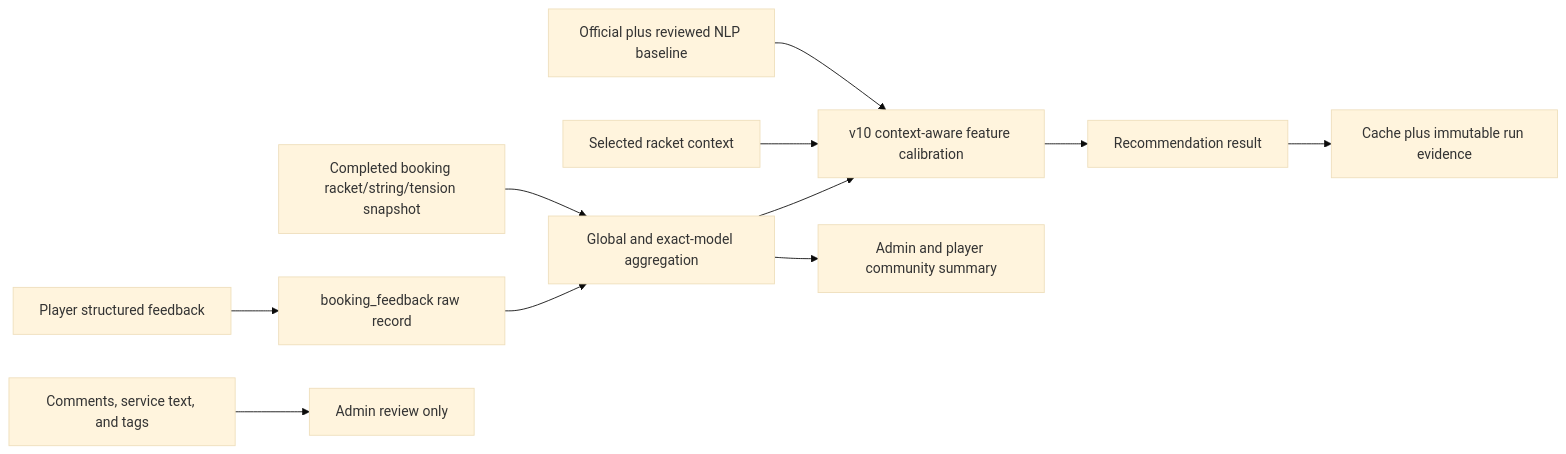
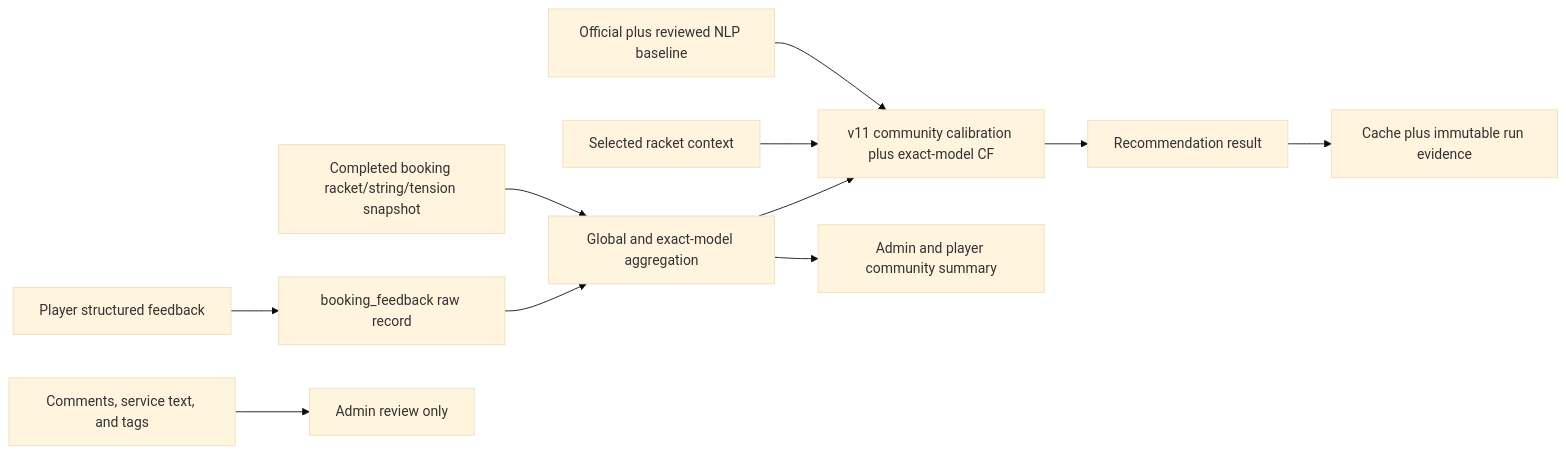
The diagram in docs/superpowers/specs/2026-08-11-community-feedback-calibration-design.md (Liwei1020T/fyp_utar), drawn with Mermaid (base theme) before and after one commit. The commit also changed other lines of this file and 8 other files, not shown here.

Commit message:
feat: expose community calibration summaries

````diff
--- a/docs/superpowers/specs/2026-08-11-community-feedback-calibration-design.md
+++ b/docs/superpowers/specs/2026-08-11-community-feedback-calibration-design.md
@@ -205,13 +219,13 @@
 ```mermaid
 flowchart LR
     A["Player structured feedback"] --> B["booking_feedback raw record"]
     K["Completed booking racket/string/tension snapshot"] --> C["Global and exact-model aggregation"]
     B --> C
-    D["Official plus reviewed NLP baseline"] --> E["v10 context-aware feature calibration"]
+    D["Official plus reviewed NLP baseline"] --> E["v11 community calibration plus exact-model CF"]
     L["Selected racket context"] --> E
     C --> E
     E --> F["Recommendation result"]
     F --> G["Cache plus immutable run evidence"]
     C --> H["Admin and player community summary"]
     I["Comments, service text, and tags"] --> J["Admin review only"]
 ```
````
